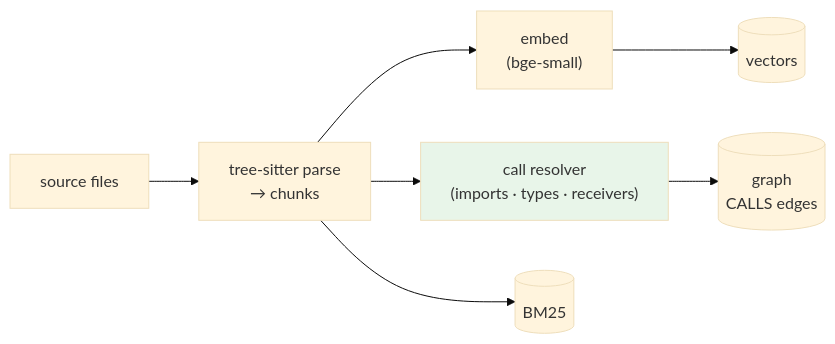
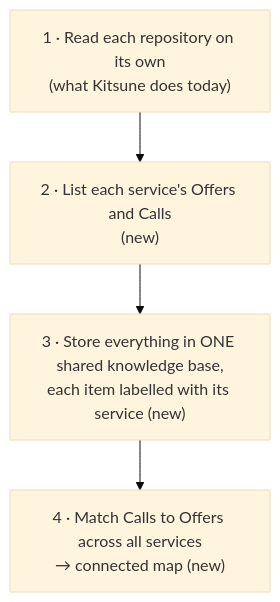
The second of 4 diagrams in MULTI_SERVICE_DESIGN.md (SayantanBong007/-Kitsune), drawn with Mermaid (base theme) before and after one commit. The commit also changed other lines of this file, not shown here.

Commit message:
Rewrite multi-service design as a proposal for architecture review

````diff
--- a/MULTI_SERVICE_DESIGN.md
+++ b/MULTI_SERVICE_DESIGN.md
@@ -166,7 +85,8 @@
 ```mermaid
-flowchart LR
-    F["source files"] --> P["tree-sitter parse<br/>→ chunks"] --> E["embed<br/>(bge-small)"] --> V[("vectors")]
-    P --> R["call resolver<br/>(imports · types · receivers)"] --> G[("graph<br/>CALLS edges")]
-    P --> B[("BM25")]
-    style R fill:#e8f5e9
+flowchart TB
+    A["1 · Read each repository on its own<br/>(what Kitsune does today)"]
+    B["2 · List each service's Offers and Calls<br/>(new)"]
+    C["3 · Store everything in ONE shared knowledge base,<br/>each item labelled with its service (new)"]
+    D["4 · Match Calls to Offers across all services<br/>→ connected map (new)"]
+    A --> B --> C --> D
 ```
````
